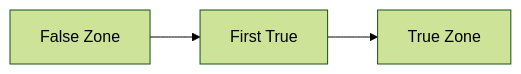
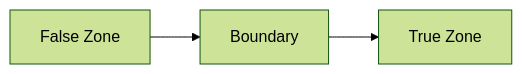
One commit to mthaiseer/springcloud-systemdesign-notes changed the third of 24 diagrams in CP_DSA_NOTES/CONCEPT_FRAMEWORK_FORMS_TATICS/binary_search_playbook.md. Above: the diagram before and after it, drawn with Mermaid (forest theme). The commit also changed other lines of this file, not shown here.

````diff
--- a/CP_DSA_NOTES/CONCEPT_FRAMEWORK_FORMS_TATICS/binary_search_playbook.md
+++ b/CP_DSA_NOTES/CONCEPT_FRAMEWORK_FORMS_TATICS/binary_search_playbook.md
@@ -92,5 +123,5 @@
 ```mermaid
 flowchart LR
-    A["False Zone"] --> B["First True"]
+    A["False Zone"] --> B["Boundary"]
     B --> C["True Zone"]
 ```
````
